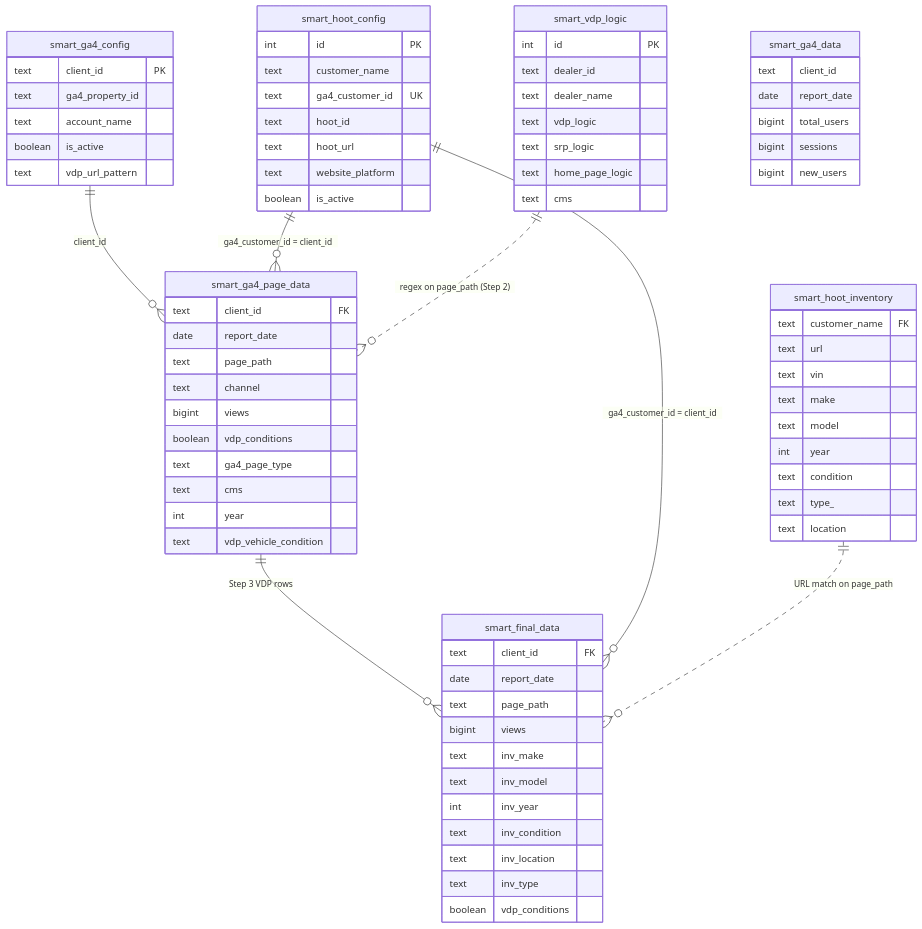
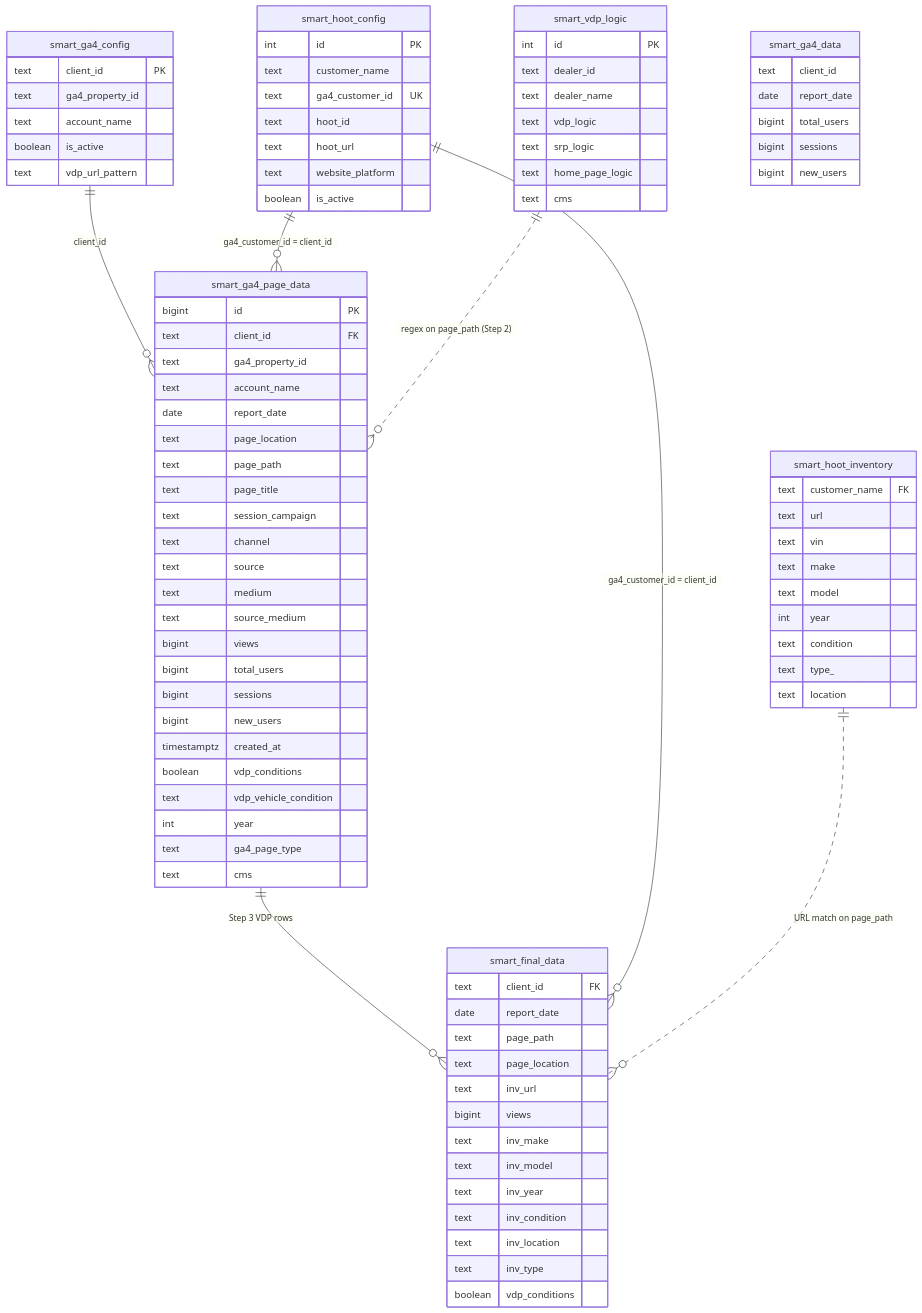
One commit to Aditya-05-alt/smartanalytics-app changed the second of 3 diagrams in knowledge.md. Above: the diagram before and after it, drawn with Mermaid. The commit also changed other lines of this file and 23 other files, not shown here.

```diff
--- a/knowledge.md
+++ b/knowledge.md
@@ -571,16 +630,29 @@
     boolean is_active
   }
   smart_ga4_page_data {
+    bigint id PK
     text client_id FK
+    text ga4_property_id
+    text account_name
     date report_date
+    text page_location
     text page_path
+    text page_title
+    text session_campaign
     text channel
+    text source
+    text medium
+    text source_medium
     bigint views
+    bigint total_users
+    bigint sessions
+    bigint new_users
+    timestamptz created_at
     boolean vdp_conditions
+    text vdp_vehicle_condition
+    int year
     text ga4_page_type
     text cms
-    int year
-    text vdp_vehicle_condition
   }
   smart_ga4_data {
     text client_id
@@ -613,10 +685,12 @@
     text client_id FK
     date report_date
     text page_path
+    text page_location
+    text inv_url
     bigint views
     text inv_make
     text inv_model
-    int inv_year
+    text inv_year
     text inv_condition
     text inv_location
     text inv_type
```
